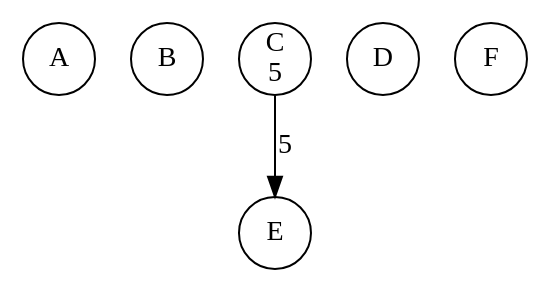
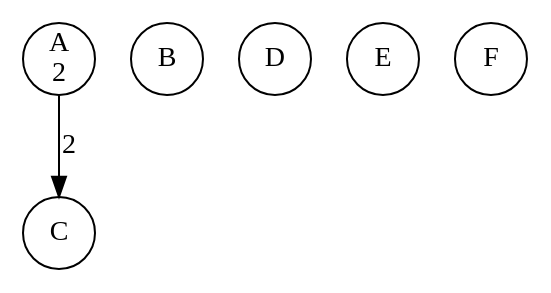
Before and after one commit to li23179/GO: the diagram in concurrency-lab-2/bank/out/0000000001.gv, drawn with Graphviz. The commit also changed 148 other files, not shown here.

```diff
--- a/concurrency-lab-2/bank/out/0000000001.gv
+++ b/concurrency-lab-2/bank/out/0000000001.gv
@@ -1,9 +1,9 @@
 digraph bank {
-	 0 [label= "A\n" , pos= "1,0!" , shape=circle, fixedsize=true, width=0.5 ]
+	 0 [label= "A\n2" , pos= "1,0!" , shape=circle, fixedsize=true, width=0.5 ]
 	 1 [label= "B\n" , pos= "0,1!" , shape=circle, fixedsize=true, width=0.5 ]
-	 2 [label= "C\n5" , pos= "1,2!" , shape=circle, fixedsize=true, width=0.5 ]
+	 2 [label= "C\n" , pos= "1,2!" , shape=circle, fixedsize=true, width=0.5 ]
 	 3 [label= "D\n" , pos= "2,2!" , shape=circle, fixedsize=true, width=0.5 ]
 	 4 [label= "E\n" , pos= "3,1!" , shape=circle, fixedsize=true, width=0.5 ]
 	 5 [label= "F\n" , pos= "2,0!" , shape=circle, fixedsize=true, width=0.5 ]
-	 "2" -> "4" [label= "5" ]
+	 "0" -> "2" [label= "2" ]
 }
```
